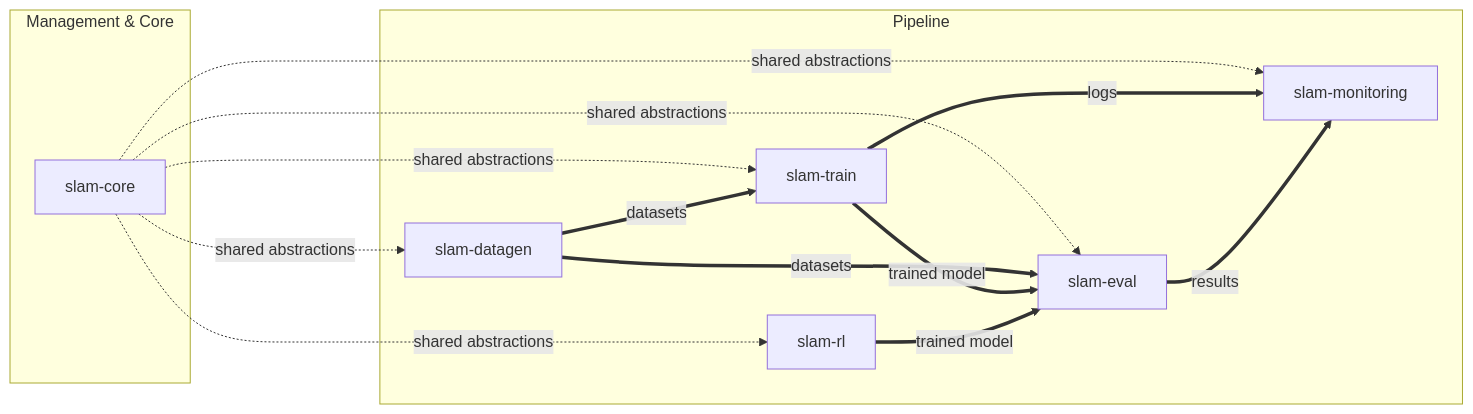
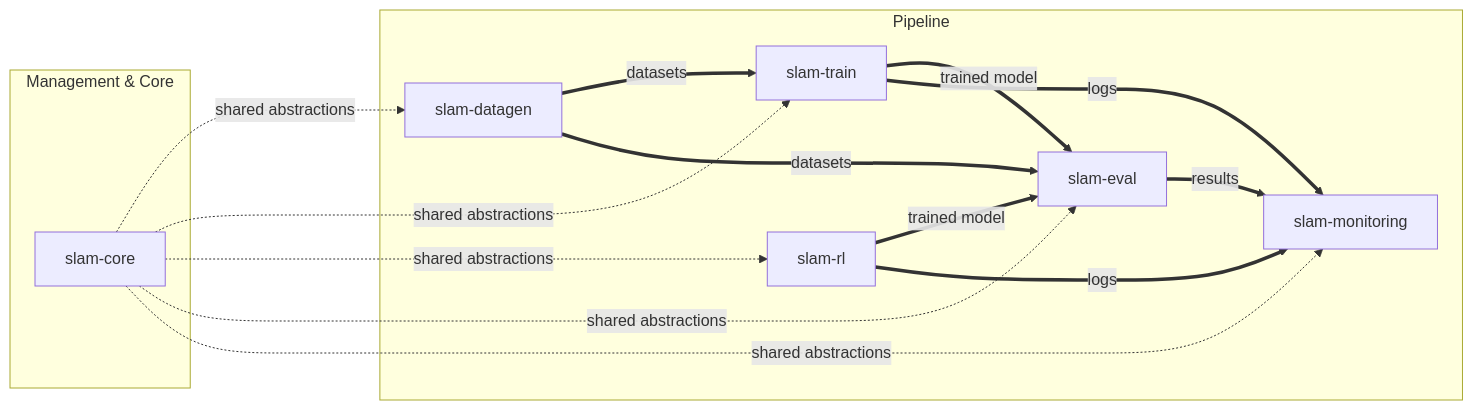
One commit to anton-pershin/slam-core changed the diagram in .internal/constitution-spec.md. Above: the diagram before and after it, drawn with Mermaid. The commit also changed other lines of this file, not shown here.

````diff
--- a/.internal/constitution-spec.md
+++ b/.internal/constitution-spec.md
@@ -61,27 +61,28 @@
 ```mermaid
 flowchart LR
     subgraph "Management & Core"
         A[slam-core]
     end
 
     subgraph "Pipeline"
         B[slam-datagen]
         C[slam-train]
         D[slam-rl]
         E[slam-eval]
         F[slam-monitoring]
     end
 
     A -.->|shared abstractions| B
     A -.->|shared abstractions| C
     A -.->|shared abstractions| D
     A -.->|shared abstractions| E
     A -.->|shared abstractions| F
 
     B ==>|datasets| C
     B ==>|datasets| E
     C ==>|trained model| E
     D ==>|trained model| E
     C ==>|logs| F
+    D ==>|logs| F
     E ==>|results| F
 ```
````
